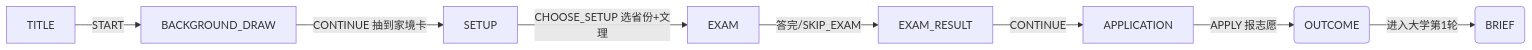
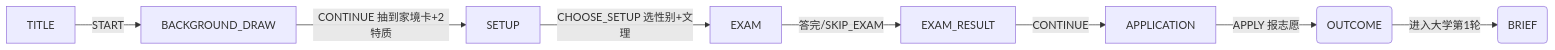
The second of 7 diagrams in TECH_ARCHITECTURE.md (sonnyHenry/life-simulator-2014), drawn with Mermaid before and after one commit. The commit also changed other lines of this file and 1 other file, not shown here.

````diff
--- a/TECH_ARCHITECTURE.md
+++ b/TECH_ARCHITECTURE.md
@@ -158,10 +158,10 @@
 ```mermaid
 flowchart LR
     TITLE -->|START| BACKGROUND_DRAW
-    BACKGROUND_DRAW -->|CONTINUE 抽到家境卡| SETUP
-    SETUP -->|CHOOSE_SETUP 选省份+文理| EXAM
+    BACKGROUND_DRAW -->|CONTINUE 抽到家境卡+2特质| SETUP
+    SETUP -->|CHOOSE_SETUP 选性别+文理| EXAM
     EXAM -->|答完/SKIP_EXAM| EXAM_RESULT
     EXAM_RESULT -->|CONTINUE| APPLICATION
     APPLICATION -->|APPLY 报志愿| O1(OUTCOME)
     O1 -->|进入大学第1轮| BRIEF1(BRIEF)
 ```
````
